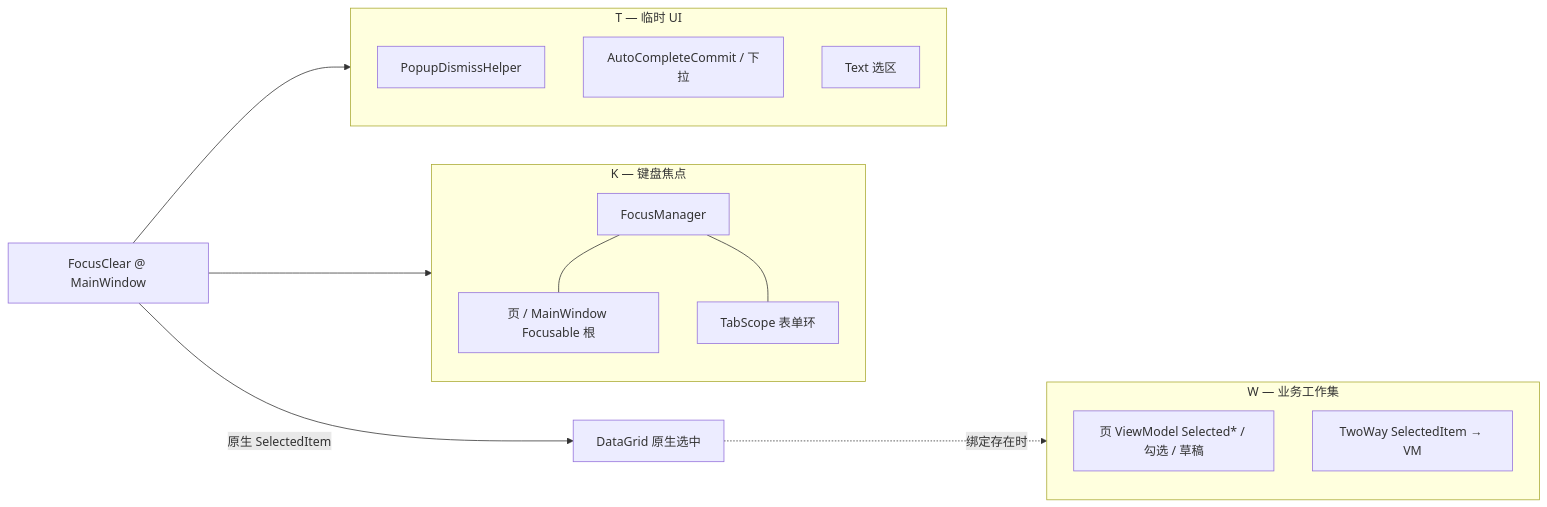
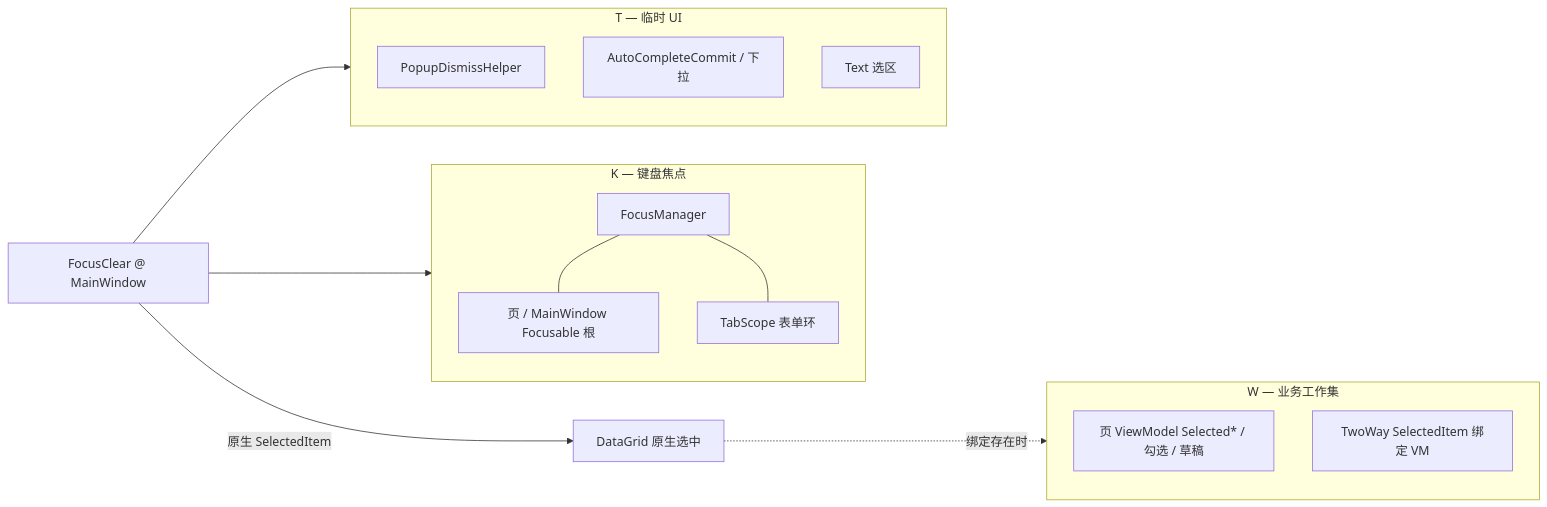
One commit to pacmandoh/pactoolkits changed the diagram in apps/desktop-avalonia/docs/focus-model.md. Above: the diagram before and after it, drawn with Mermaid. The commit also changed other lines of this file and 68 other files, not shown here.

````diff
--- a/apps/desktop-avalonia/docs/focus-model.md
+++ b/apps/desktop-avalonia/docs/focus-model.md
@@ -9,26 +9,26 @@
 ```mermaid
 flowchart LR
   subgraph K["K — 键盘焦点"]
     FM["FocusManager"]
     Host["页 / MainWindow Focusable 根"]
     Tab["TabScope 表单环"]
     FM --- Host
     FM --- Tab
   end
 
   subgraph T["T — 临时 UI"]
     Popup["PopupDismissHelper"]
     ACB["AutoCompleteCommit / 下拉"]
     Sel["Text 选区"]
   end
 
   subgraph W["W — 业务工作集"]
     VM["页 ViewModel Selected* / 勾选 / 草稿"]
-    GridBind["TwoWay SelectedItem → VM"]
+    GridBind["TwoWay SelectedItem 绑定 VM"]
   end
 
   Shell["FocusClear @ MainWindow"] --> K
   Shell --> T
   Shell -->|原生 SelectedItem| Native["DataGrid 原生选中"]
   Native -.->|绑定存在时| W
 ```
````
